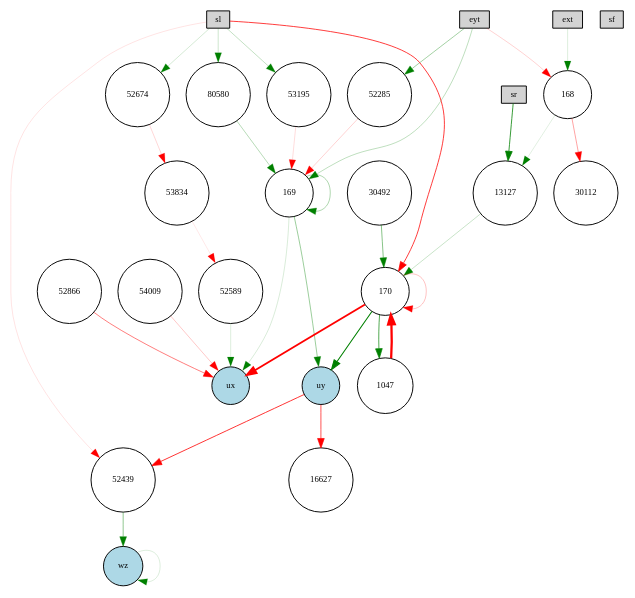
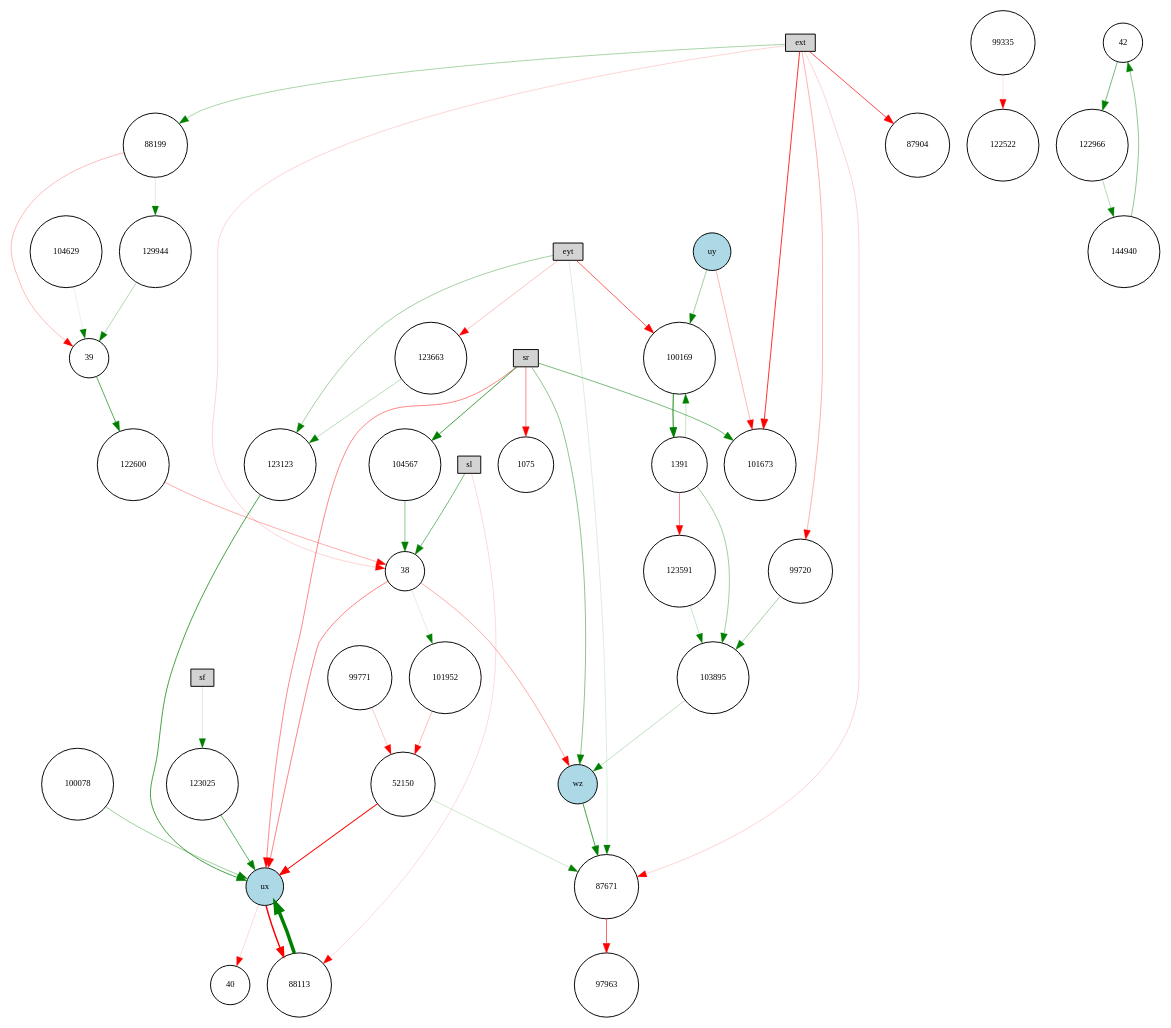
The diagram in pictures_ctrnn/winner-feedforward-enabled.gv (KaiL4eK/autopilot_simulator), drawn with Graphviz before and after one commit. The commit also changed 9 other files, not shown here.

```diff
--- a/pictures_ctrnn/winner-feedforward-enabled.gv
+++ b/pictures_ctrnn/winner-feedforward-enabled.gv
@@ -1,62 +1,96 @@
 digraph {
 	node [fontsize=9 height=0.2 shape=circle width=0.2]
 	ext [fillcolor=lightgray shape=box style=filled]
 	eyt [fillcolor=lightgray shape=box style=filled]
 	sf [fillcolor=lightgray shape=box style=filled]
 	sl [fillcolor=lightgray shape=box style=filled]
 	sr [fillcolor=lightgray shape=box style=filled]
 	ux [fillcolor=lightblue style=filled]
 	uy [fillcolor=lightblue style=filled]
 	wz [fillcolor=lightblue style=filled]
-	52674 [fillcolor=white style=filled]
-	80580 [fillcolor=white style=filled]
-	30112 [fillcolor=white style=filled]
-	52866 [fillcolor=white style=filled]
-	13127 [fillcolor=white style=filled]
-	168 [fillcolor=white style=filled]
-	169 [fillcolor=white style=filled]
-	170 [fillcolor=white style=filled]
-	53195 [fillcolor=white style=filled]
-	53834 [fillcolor=white style=filled]
-	52589 [fillcolor=white style=filled]
-	16627 [fillcolor=white style=filled]
-	1047 [fillcolor=white style=filled]
-	52439 [fillcolor=white style=filled]
-	54009 [fillcolor=white style=filled]
-	30492 [fillcolor=white style=filled]
-	52285 [fillcolor=white style=filled]
-	170 -> 1047 [color=green penwidth=0.7145981346866594 style=solid]
-	53195 -> 169 [color=red penwidth=0.14504683992402756 style=solid]
-	sl -> 53195 [color=green penwidth=0.2517259319210612 style=solid]
-	uy -> 52439 [color=red penwidth=0.8331114174282936 style=solid]
-	168 -> 30112 [color=red penwidth=0.38392958809110633 style=solid]
-	ext -> 168 [color=green penwidth=0.15190678737240343 style=solid]
-	sl -> 80580 [color=green penwidth=0.20639842138619569 style=solid]
-	169 -> uy [color=green penwidth=0.4057525325241338 style=solid]
-	30492 -> 170 [color=green penwidth=0.48681991962125537 style=solid]
-	eyt -> 169 [color=green penwidth=0.2662029791179693 style=solid]
-	168 -> 13127 [color=green penwidth=0.1336111995489473 style=solid]
-	wz -> wz [color=green penwidth=0.152315829596191 style=solid]
-	169 -> ux [color=green penwidth=0.16371304496015388 style=solid]
-	80580 -> 169 [color=green penwidth=0.2958640504715052 style=solid]
-	52285 -> 169 [color=red penwidth=0.19299735247477257 style=solid]
-	sl -> 52439 [color=red penwidth=0.1210053682089184 style=solid]
-	eyt -> 52285 [color=green penwidth=0.3820418155488221 style=solid]
-	eyt -> 168 [color=red penwidth=0.18542220261951056 style=solid]
-	sl -> 52674 [color=green penwidth=0.17937725107116442 style=solid]
-	13127 -> 170 [color=green penwidth=0.2347513211827624 style=solid]
-	170 -> ux [color=red penwidth=1.9080392658407037 style=solid]
-	52674 -> 53834 [color=red penwidth=0.1731233179903794 style=solid]
-	52589 -> ux [color=green penwidth=0.14679969100248275 style=solid]
-	1047 -> 170 [color=red penwidth=2.3769095263552984 style=solid]
-	170 -> 170 [color=red penwidth=0.2496844165292765 style=solid]
-	53834 -> 52589 [color=red penwidth=0.10045936927419684 style=solid]
-	54009 -> ux [color=red penwidth=0.23075042698165912 style=solid]
-	52439 -> wz [color=green penwidth=0.4633282252874912 style=solid]
-	sr -> 13127 [color=green penwidth=0.811787767679851 style=solid]
-	52866 -> ux [color=red penwidth=0.5255063107287522 style=solid]
-	uy -> 16627 [color=red penwidth=0.7093262036446492 style=solid]
-	170 -> uy [color=green penwidth=1.1317781374607336 style=solid]
-	169 -> 169 [color=green penwidth=0.3310446473503066 style=solid]
-	sl -> 170 [color=red penwidth=0.7852643516113914 style=solid]
+	99335 [fillcolor=white style=filled]
+	99720 [fillcolor=white style=filled]
+	88199 [fillcolor=white style=filled]
+	123663 [fillcolor=white style=filled]
+	123025 [fillcolor=white style=filled]
+	104567 [fillcolor=white style=filled]
+	129944 [fillcolor=white style=filled]
+	122522 [fillcolor=white style=filled]
+	38 [fillcolor=white style=filled]
+	39 [fillcolor=white style=filled]
+	40 [fillcolor=white style=filled]
+	101673 [fillcolor=white style=filled]
+	42 [fillcolor=white style=filled]
+	97963 [fillcolor=white style=filled]
+	144940 [fillcolor=white style=filled]
+	88113 [fillcolor=white style=filled]
+	1075 [fillcolor=white style=filled]
+	104629 [fillcolor=white style=filled]
+	52150 [fillcolor=white style=filled]
+	99771 [fillcolor=white style=filled]
+	101952 [fillcolor=white style=filled]
+	123591 [fillcolor=white style=filled]
+	100169 [fillcolor=white style=filled]
+	122966 [fillcolor=white style=filled]
+	103895 [fillcolor=white style=filled]
+	87904 [fillcolor=white style=filled]
+	122600 [fillcolor=white style=filled]
+	100078 [fillcolor=white style=filled]
+	1391 [fillcolor=white style=filled]
+	123123 [fillcolor=white style=filled]
+	87671 [fillcolor=white style=filled]
+	sr -> 104567 [color=green penwidth=0.7717210104673629 style=solid]
+	99771 -> 52150 [color=red penwidth=0.22970958732638985 style=solid]
+	ext -> 101673 [color=red penwidth=0.8388821186139572 style=solid]
+	144940 -> 42 [color=green penwidth=0.4485725549675602 style=solid]
+	ux -> 40 [color=red penwidth=0.174681742240173 style=solid]
+	sl -> 38 [color=green penwidth=0.5550042641630666 style=solid]
+	52150 -> 87671 [color=green penwidth=0.20221993370257307 style=solid]
+	100169 -> 1391 [color=green penwidth=0.9517416491774303 style=solid]
+	122966 -> 144940 [color=green penwidth=0.30000000000000004 style=solid]
+	123663 -> 123123 [color=green penwidth=0.2849984076507636 style=solid]
+	ext -> 88199 [color=green penwidth=0.3546953112762572 style=solid]
+	101952 -> 52150 [color=red penwidth=0.28246832296476754 style=solid]
+	99335 -> 122522 [color=red penwidth=0.13215499710706685 style=solid]
+	ext -> 99720 [color=red penwidth=0.3241882931891629 style=solid]
+	100078 -> ux [color=green penwidth=0.40474729988334457 style=solid]
+	87671 -> 97963 [color=red penwidth=0.6328104590556239 style=solid]
+	104567 -> 38 [color=green penwidth=0.4622581687078804 style=solid]
+	104629 -> 39 [color=green penwidth=0.10442930448756665 style=solid]
+	ext -> 87671 [color=red penwidth=0.18456307838188757 style=solid]
+	88113 -> ux [color=green penwidth=3.6357814917528275 style=solid]
+	ux -> 88113 [color=red penwidth=1.482181732365385 style=solid]
+	uy -> 100169 [color=green penwidth=0.3933218143265802 style=solid]
+	1391 -> 100169 [color=green penwidth=0.23716773853701312 style=solid]
+	42 -> 122966 [color=green penwidth=0.557237028627269 style=solid]
+	1391 -> 103895 [color=green penwidth=0.39079966733627836 style=solid]
+	sf -> 123025 [color=green penwidth=0.16297065638035568 style=solid]
+	99720 -> 103895 [color=green penwidth=0.37545616759528055 style=solid]
+	88199 -> 129944 [color=green penwidth=0.1473796281235107 style=solid]
+	38 -> 101952 [color=green penwidth=0.1311404821215364 style=solid]
+	uy -> 101673 [color=red penwidth=0.30219888383135796 style=solid]
+	123591 -> 103895 [color=green penwidth=0.22294838299136288 style=solid]
+	sr -> ux [color=red penwidth=0.49074049889708005 style=solid]
+	38 -> wz [color=red penwidth=0.34523212229269196 style=solid]
+	eyt -> 123663 [color=red penwidth=0.25645910958722423 style=solid]
+	129944 -> 39 [color=green penwidth=0.305934131301533 style=solid]
+	eyt -> 100169 [color=red penwidth=0.6607360317547499 style=solid]
+	sr -> 1075 [color=red penwidth=0.48899658329266593 style=solid]
+	wz -> 87671 [color=green penwidth=0.7682756701757961 style=solid]
+	123123 -> ux [color=green penwidth=0.7644154534911697 style=solid]
+	38 -> ux [color=red penwidth=0.5145245069980052 style=solid]
+	sr -> 101673 [color=green penwidth=0.5492707798151254 style=solid]
+	ext -> 38 [color=red penwidth=0.1795554595922914 style=solid]
+	sl -> 88113 [color=red penwidth=0.16374334070069196 style=solid]
+	ext -> 87904 [color=red penwidth=0.7457702623932598 style=solid]
+	39 -> 122600 [color=green penwidth=0.6849033708078032 style=solid]
+	123025 -> ux [color=green penwidth=0.6608814197216366 style=solid]
+	eyt -> 87671 [color=green penwidth=0.15293723514723911 style=solid]
+	103895 -> wz [color=green penwidth=0.2585474581897363 style=solid]
+	52150 -> ux [color=red penwidth=1.0586825168690934 style=solid]
+	1391 -> 123591 [color=red penwidth=0.45567743686176176 style=solid]
+	88199 -> 39 [color=red penwidth=0.28023426535572304 style=solid]
+	eyt -> 123123 [color=green penwidth=0.38300154176168455 style=solid]
+	122600 -> 38 [color=red penwidth=0.33737354841878864 style=solid]
+	sr -> wz [color=green penwidth=0.46865999578104867 style=solid]
 }
```
